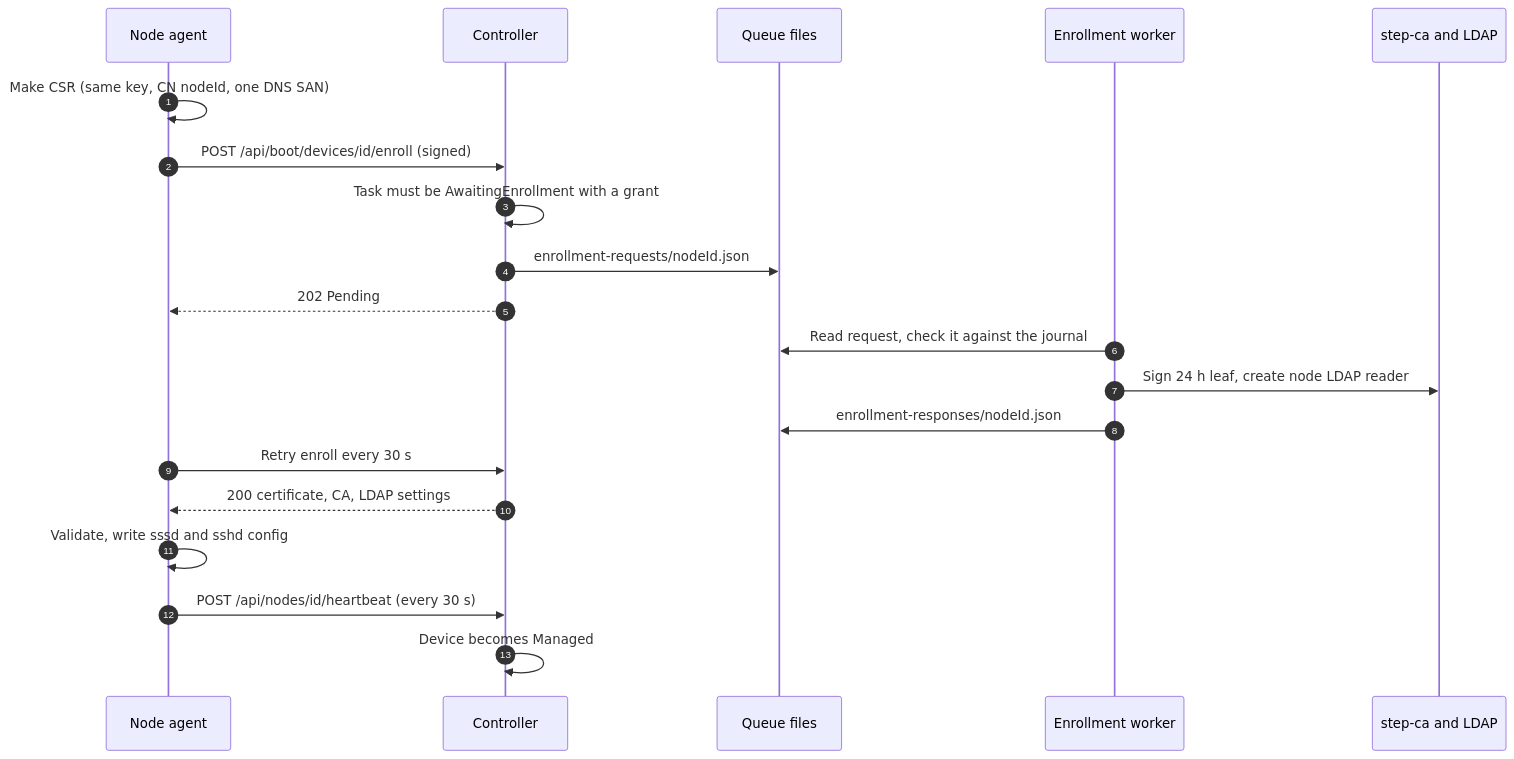
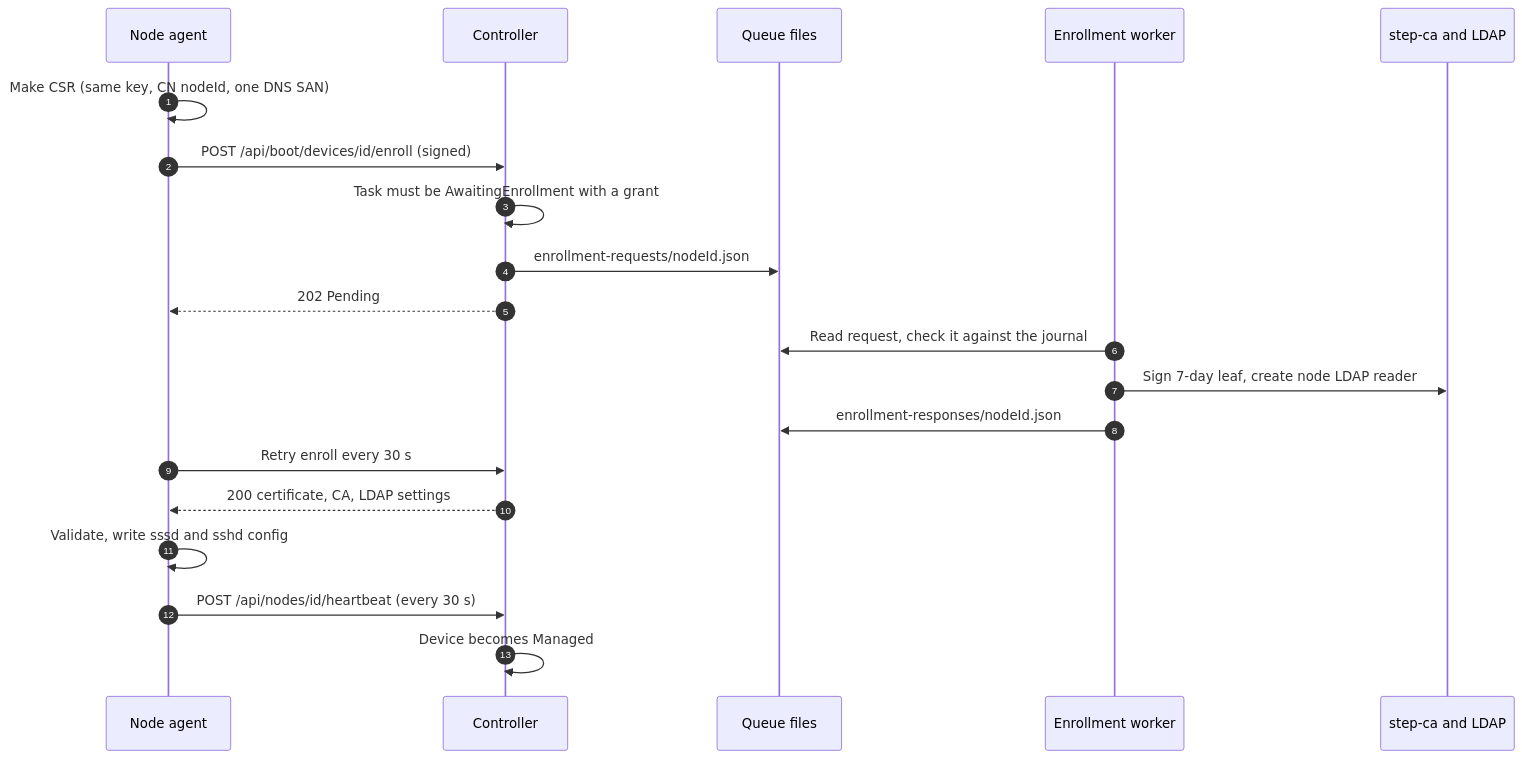
One commit to seiggy/lucia.os changed the first of 2 diagrams in docs-site/docs/code/nodes.mdx. Above: the diagram before and after it, drawn with Mermaid. The commit also changed other lines of this file and 9 other files, not shown here.

First line of the commit message:
Issue 7-day node certificates and renew them daily

````diff
--- a/docs-site/docs/code/nodes.mdx
+++ b/docs-site/docs/code/nodes.mdx
@@ -65,22 +65,22 @@
 ```mermaid
 sequenceDiagram
   autonumber
   participant A as Node agent
   participant C as Controller
   participant Q as Queue files
   participant W as Enrollment worker
   participant CA as step-ca and LDAP
   A->>A: Make CSR (same key, CN nodeId, one DNS SAN)
   A->>C: POST /api/boot/devices/id/enroll (signed)
   C->>C: Task must be AwaitingEnrollment with a grant
   C->>Q: enrollment-requests/nodeId.json
   C-->>A: 202 Pending
   W->>Q: Read request, check it against the journal
-  W->>CA: Sign 24 h leaf, create node LDAP reader
+  W->>CA: Sign 7-day leaf, create node LDAP reader
   W->>Q: enrollment-responses/nodeId.json
   A->>C: Retry enroll every 30 s
   C-->>A: 200 certificate, CA, LDAP settings
   A->>A: Validate, write sssd and sshd config
   A->>C: POST /api/nodes/id/heartbeat (every 30 s)
   C->>C: Device becomes Managed
 ```
````
